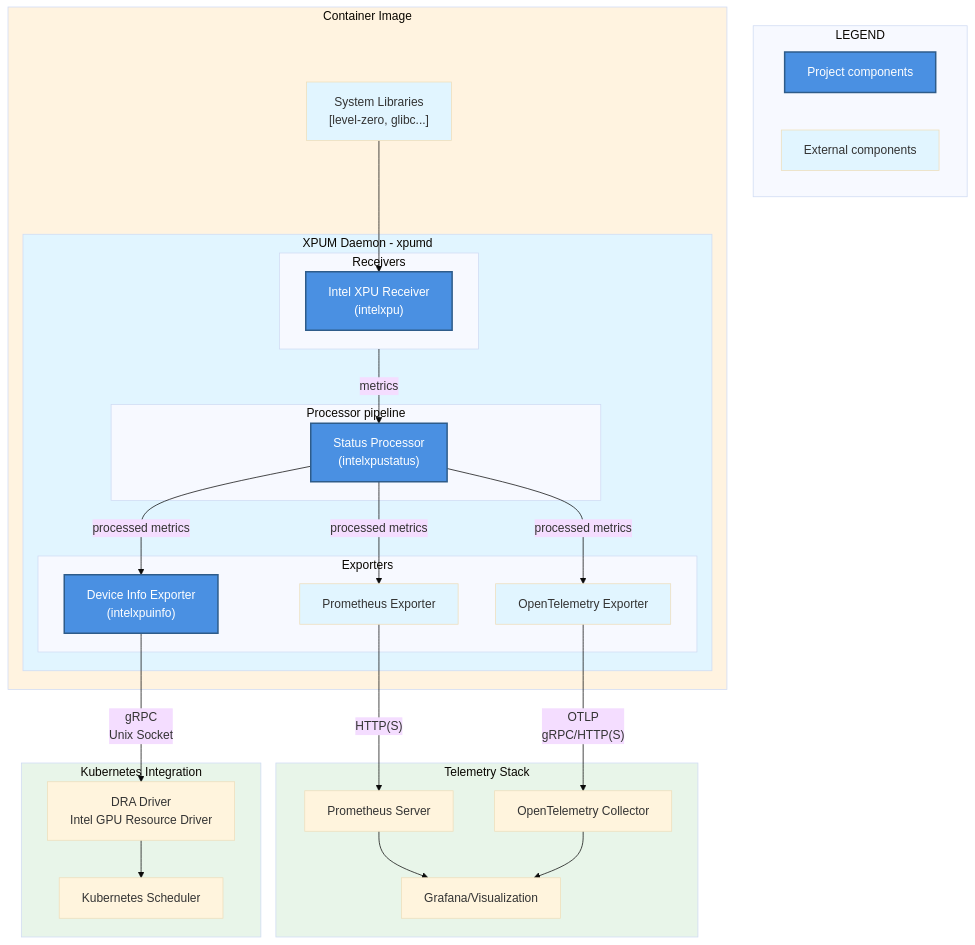
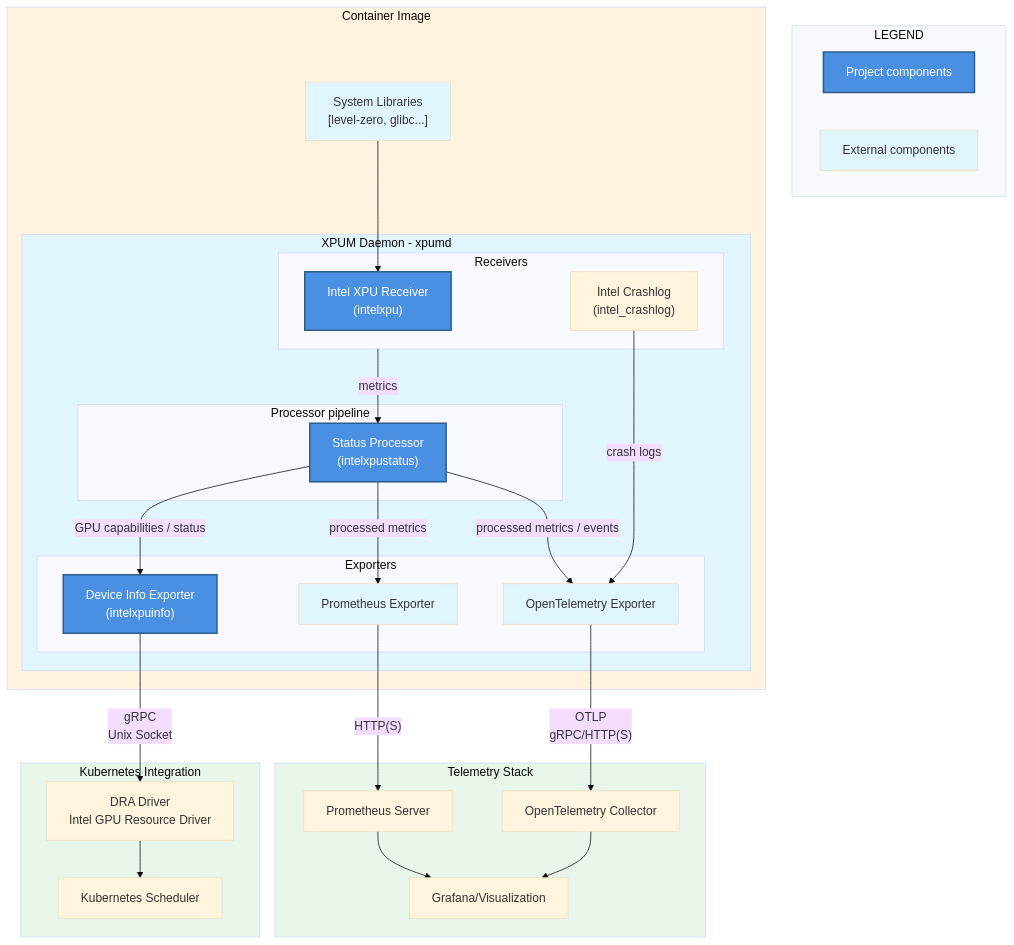
Before and after one commit to intel/xpumanager: the diagram in xpumd/README.md, drawn with Mermaid (base theme). The commit also changed other lines of this file, not shown here.

First line of the commit message:
xpumd/docs: add crashlog to README arch diagram + fix links

````diff
--- a/xpumd/README.md
+++ b/xpumd/README.md
@@ -29,70 +29,72 @@
 ```mermaid
 graph TB
     subgraph LEGEND
         LEGEND_PROJECT["Project components"]
         LEGEND_EXTERNAL["External components"]
     end
 
     subgraph CONT["Container Image"]
         SYSTEM_LIBRARIES["System Libraries<br/>[level-zero, glibc...]"]
 
         subgraph XPUMD["XPUM Daemon - xpumd"]
             subgraph RECV["Receivers"]
                 RECV_XPU["Intel XPU Receiver<br/>(intelxpu)"]
+                RECV_LOG["Intel Crashlog<br/>(intel_crashlog)"]
             end
 
             subgraph PROC["Processor pipeline"]
                 PROC_XPU["Status Processor<br/>(intelxpustatus)"]
                 %% PROC_OTHERS["Standard Processors"] %%
             end
 
+            RECV -->|metrics| PROC_XPU
             %% PROC_XPU --> PROC_OTHERS %%
 
             subgraph EXP["Exporters"]
                 EXP_INFO["Device Info Exporter<br/>(intelxpuinfo)"]
                 EXP_PROM["Prometheus Exporter"]
                 EXP_OTEL["OpenTelemetry Exporter"]
             end
             %% change PROC_XPU => PROC_OTHERS if other processors added %%
-            PROC_XPU -->|processed metrics| EXP_INFO
             PROC_XPU -->|processed metrics| EXP_PROM
-            PROC_XPU -->|processed metrics| EXP_OTEL
+            PROC_XPU -->|GPU capabilities / status| EXP_INFO
+            PROC_XPU -->|processed metrics / events| EXP_OTEL
+            RECV_LOG -->|crash logs| EXP_OTEL
         end
     end
 
     subgraph TELEM["Telemetry Stack"]
         PROM["Prometheus Server"]
         OTEL_COL["OpenTelemetry Collector"]
         GRAFANA["Grafana/Visualization"]
     end
 
     subgraph K8S["Kubernetes Integration"]
         DRA["DRA Driver<br/>Intel GPU Resource Driver"]
         SCHEDULER["Kubernetes Scheduler"]
     end
 
     SYSTEM_LIBRARIES --> RECV_XPU
-    RECV -->|metrics| PROC_XPU
 
     EXP_PROM -->|"HTTP(S)"| PROM
     EXP_OTEL -->|"OTLP<br/>gRPC/HTTP(S)"| OTEL_COL
     PROM --> GRAFANA
     OTEL_COL --> GRAFANA
 
     EXP_INFO -->|"gRPC<br/>Unix Socket"| DRA
     DRA --> SCHEDULER
 
     style LEGEND_PROJECT fill:#4a90e2,stroke:#2e5c8a,stroke-width:2px,color:#fff
     style LEGEND_EXTERNAL fill:#e1f5ff
     style SYSTEM_LIBRARIES fill:#e1f5ff
     style XPUMD fill:#e1f5ff
     %% style PROC_OTHERS fill:#e1f5ff %%
     style EXP_PROM fill:#e1f5ff
     style EXP_OTEL fill:#e1f5ff
     style CONT fill:#fff3e0
     style K8S fill:#e8f5e9
     style TELEM fill:#e8f5e9
     style RECV_XPU fill:#4a90e2,stroke:#2e5c8a,stroke-width:2px,color:#fff
     style PROC_XPU fill:#4a90e2,stroke:#2e5c8a,stroke-width:2px,color:#fff
     style EXP_INFO fill:#4a90e2,stroke:#2e5c8a,stroke-width:2px,color:#fff
 ```
````
